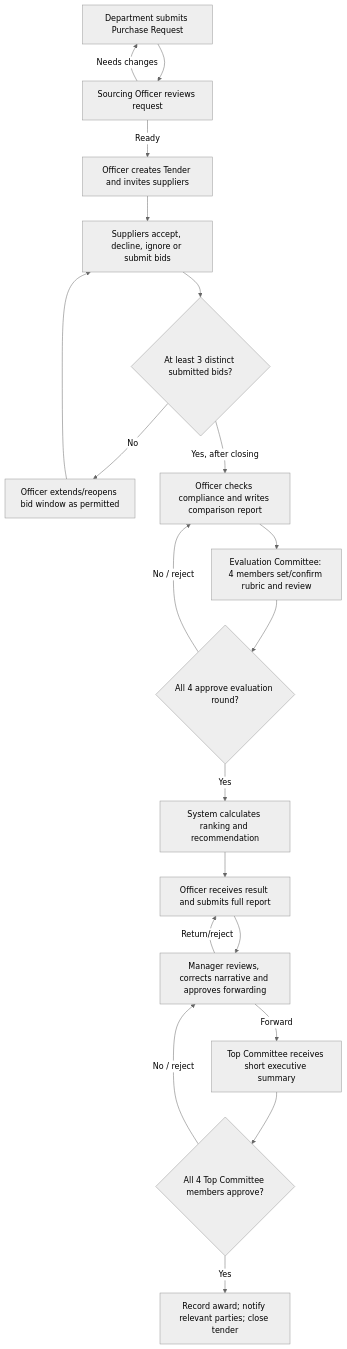
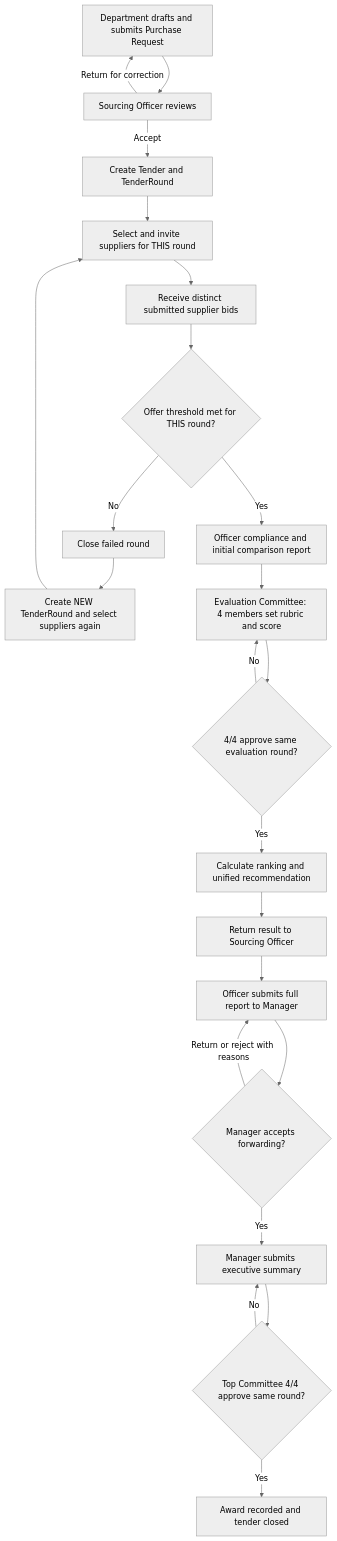
Before and after one commit to Tender-Management-G2/Orange-Tendering-System: the diagram in TenderingOrangeSystem.md, drawn with Mermaid (neutral theme). The commit also changed other lines of this file and 129 other files, not shown here.

````diff
--- a/TenderingOrangeSystem.md
+++ b/TenderingOrangeSystem.md
@@ -65,22 +145,25 @@
 ```mermaid
 flowchart TD
-    A[Department submits Purchase Request] --> B[Sourcing Officer reviews request]
-    B -->|Needs changes| A
-    B -->|Ready| C[Officer creates Tender and invites suppliers]
-    C --> D[Suppliers accept, decline, ignore or submit bids]
-    D --> E{At least 3 distinct submitted bids?}
-    E -->|No| F[Officer extends/reopens bid window as permitted]
-    F --> D
-    E -->|Yes, after closing| G[Officer checks compliance and writes comparison report]
-    G --> H[Evaluation Committee: 4 members set/confirm rubric and review]
-    H --> I{All 4 approve evaluation round?}
-    I -->|No / reject| G
-    I -->|Yes| J[System calculates ranking and recommendation]
-    J --> K[Officer receives result and submits full report]
-    K --> L[Manager reviews, corrects narrative and approves forwarding]
-    L -->|Return/reject| K
-    L -->|Forward| M[Top Committee receives short executive summary]
-    M --> N{All 4 Top Committee members approve?}
-    N -->|No / reject| L
-    N -->|Yes| O[Record award; notify relevant parties; close tender]
+    A[Department drafts and submits Purchase Request] --> B[Sourcing Officer reviews]
+    B -->|Return for correction| A
+    B -->|Accept| C[Create Tender and TenderRound]
+    C --> D[Select and invite suppliers for THIS round]
+    D --> E[Receive distinct submitted supplier bids]
+    E --> F{Offer threshold met for THIS round?}
+    F -->|No| G[Close failed round]
+    G --> H[Create NEW TenderRound and select suppliers again]
+    H --> D
+    F -->|Yes| I[Officer compliance and initial comparison report]
+    I --> J[Evaluation Committee: 4 members set rubric and score]
+    J --> K{4/4 approve same evaluation round?}
+    K -->|No| J
+    K -->|Yes| L[Calculate ranking and unified recommendation]
+    L --> M[Return result to Sourcing Officer]
+    M --> N[Officer submits full report to Manager]
+    N --> O{Manager accepts forwarding?}
+    O -->|Return or reject with reasons| N
+    O -->|Yes| P[Manager submits executive summary]
+    P --> Q{Top Committee 4/4 approve same round?}
+    Q -->|No| P
+    Q -->|Yes| R[Award recorded and tender closed]
 ```
````
